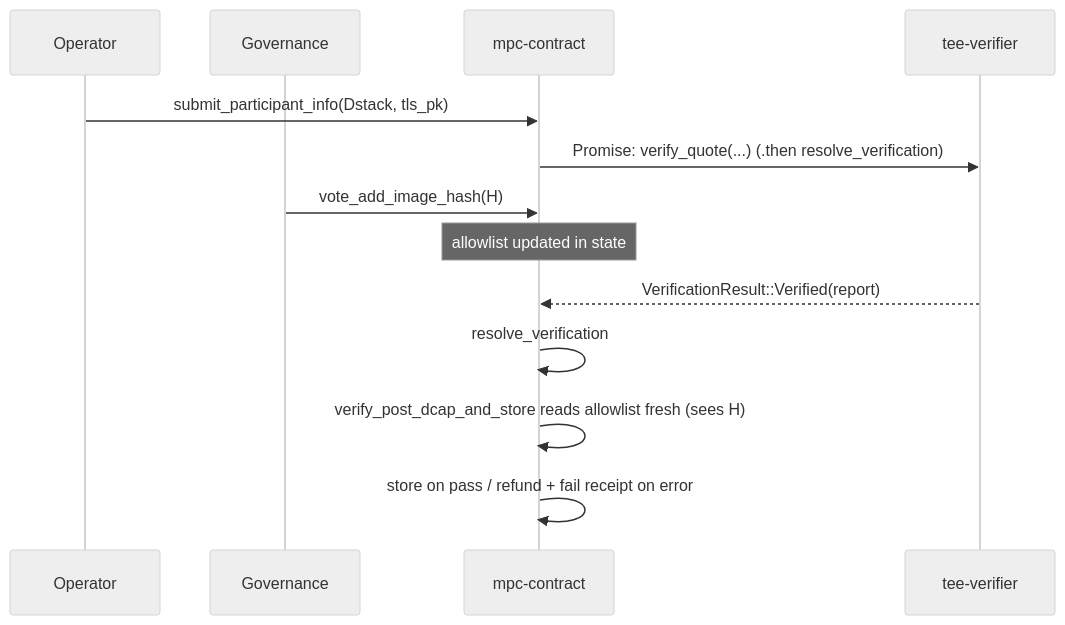
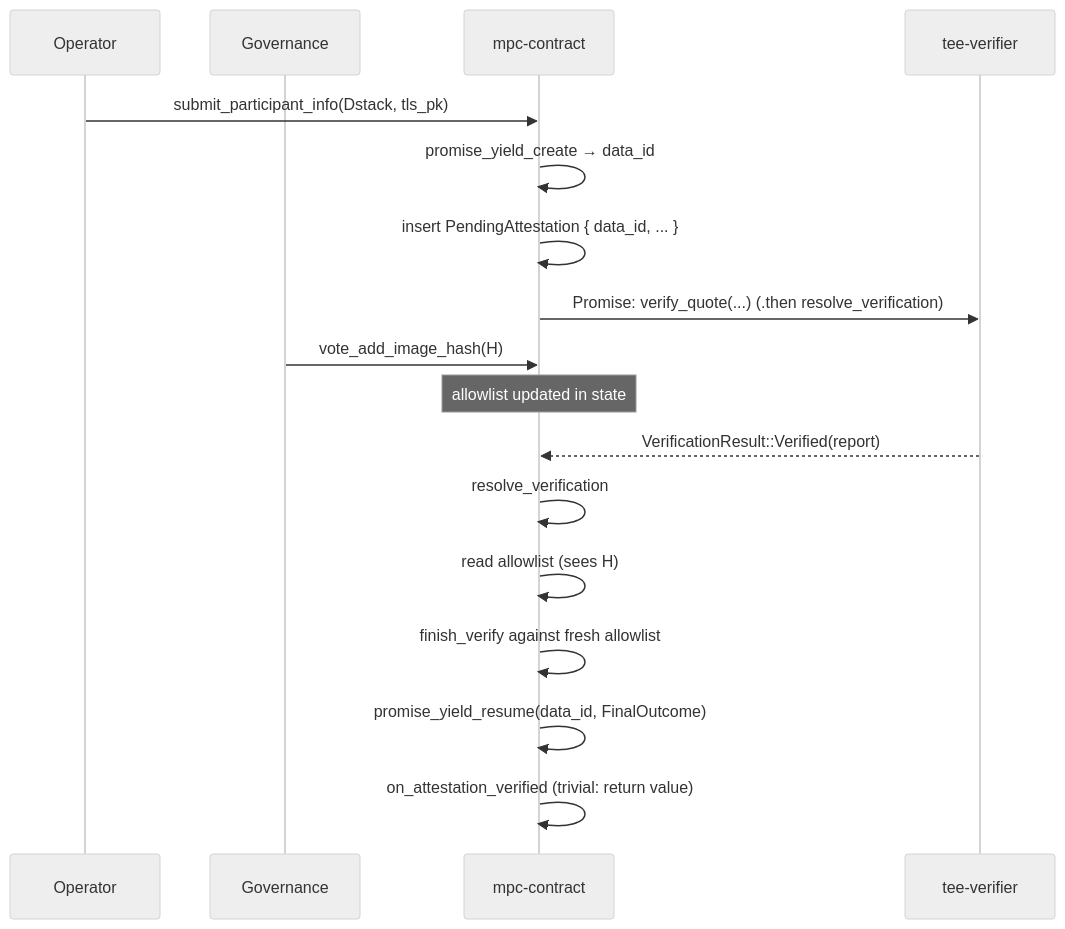
Before and after one commit to near/mpc: the fourth of 6 diagrams in docs/design/attestation-verifier-contract.md, drawn with Mermaid (neutral theme). The commit also changed other lines of this file and 2 other files, not shown here.

````diff
--- a/docs/design/attestation-verifier-contract.md
+++ b/docs/design/attestation-verifier-contract.md
@@ -150,18 +149,22 @@
 ```mermaid
 sequenceDiagram
     participant Op as Operator
     participant Gov as Governance
     participant MPC as mpc-contract
     participant Ver as tee-verifier
 
     Op->>MPC: submit_participant_info(Dstack, tls_pk)
+    MPC->>MPC: promise_yield_create → data_id
+    MPC->>MPC: insert PendingAttestation { data_id, ... }
     MPC->>Ver: Promise: verify_quote(...) (.then resolve_verification)
 
     Gov->>MPC: vote_add_image_hash(H)
     Note over MPC: allowlist updated in state
 
     Ver-->>MPC: VerificationResult::Verified(report)
     MPC->>MPC: resolve_verification
-    MPC->>MPC: verify_post_dcap_and_store reads allowlist fresh (sees H)
-    MPC->>MPC: store on pass / refund + fail receipt on error
+    MPC->>MPC: read allowlist (sees H)
+    MPC->>MPC: finish_verify against fresh allowlist
+    MPC->>MPC: promise_yield_resume(data_id, FinalOutcome)
+    MPC->>MPC: on_attestation_verified (trivial: return value)
 ```
````
